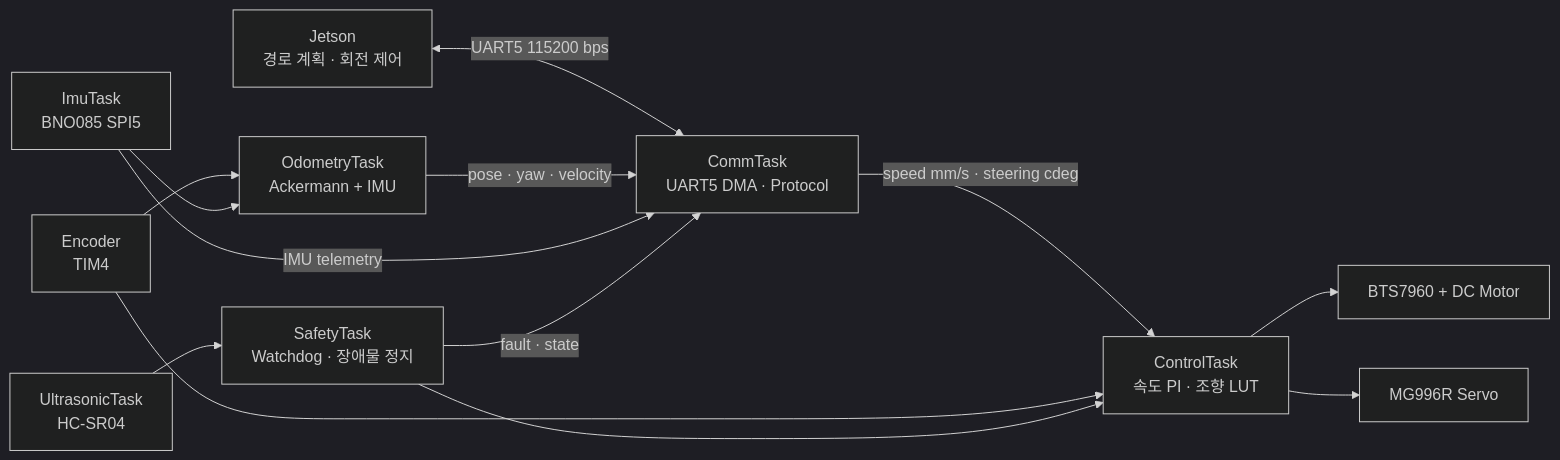
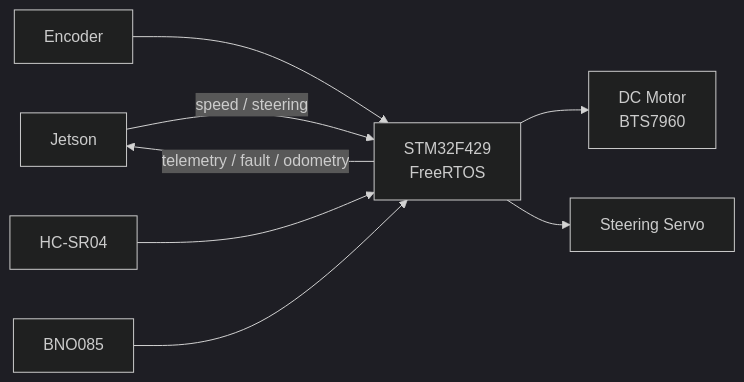
One commit to Jo-yongju/ssacurity changed the first of 3 diagrams in README.md. Above: the diagram before and after it, drawn with Mermaid (dark theme). The commit also changed other lines of this file and 9 other files, not shown here.

````diff
--- a/README.md
+++ b/README.md
@@ -45,26 +49,20 @@
 ```mermaid
 flowchart LR
-    J["Jetson<br/>경로 계획 · 회전 제어"]
-    C["CommTask<br/>UART5 DMA · Protocol"]
-    CT["ControlTask<br/>속도 PI · 조향 LUT"]
-    ST["SafetyTask<br/>Watchdog · 장애물 정지"]
-    OT["OdometryTask<br/>Ackermann + IMU"]
-    IT["ImuTask<br/>BNO085 SPI5"]
-    UT["UltrasonicTask<br/>HC-SR04"]
-    E["Encoder<br/>TIM4"]
-    M["BTS7960 + DC Motor"]
-    S["MG996R Servo"]
+    J["Jetson"]
+    STM["STM32F429<br/>FreeRTOS"]
+    M["DC Motor<br/>BTS7960"]
+    S["Steering Servo"]
+    E["Encoder"]
+    U["HC-SR04"]
+    I["BNO085"]
 
-    J <-->|"UART5 115200 bps"| C
-    C -->|"speed mm/s · steering cdeg"| CT
-    CT --> M
-    CT --> S
-    E --> CT
-    E --> OT
-    IT --> OT
-    UT --> ST
-    ST --> CT
-    OT -->|"pose · yaw · velocity"| C
-    IT -->|"IMU telemetry"| C
-    ST -->|"fault · state"| C
+    J -->|"speed / steering"| STM
+    STM -->|"telemetry / fault / odometry"| J
+
+    STM --> M
+    STM --> S
+
+    E --> STM
+    U --> STM
+    I --> STM
 ```
````
